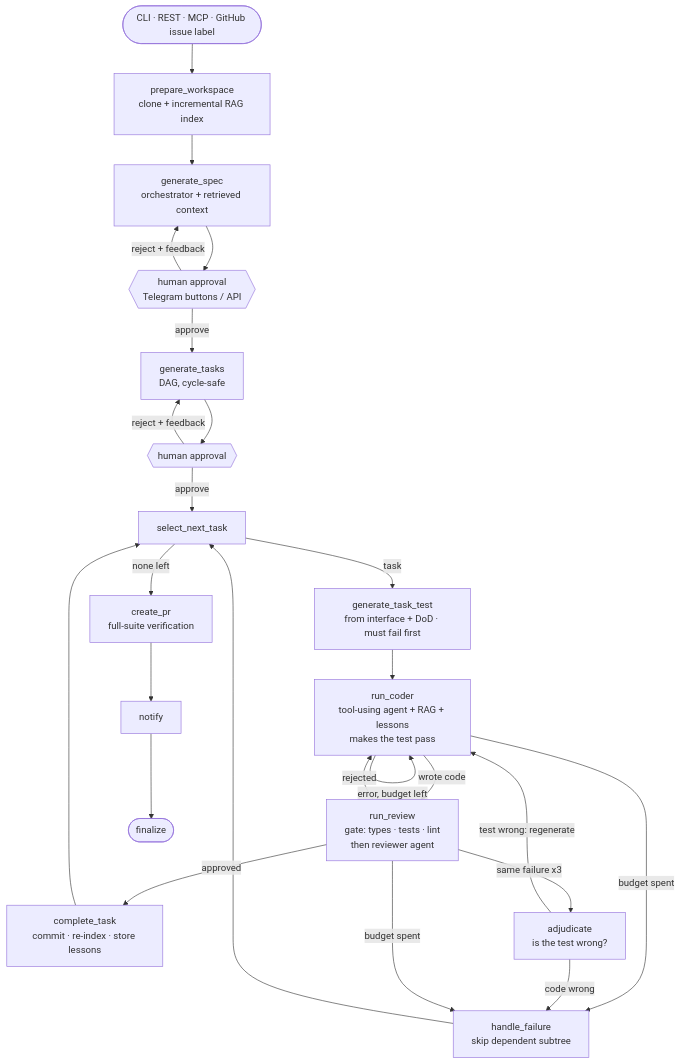
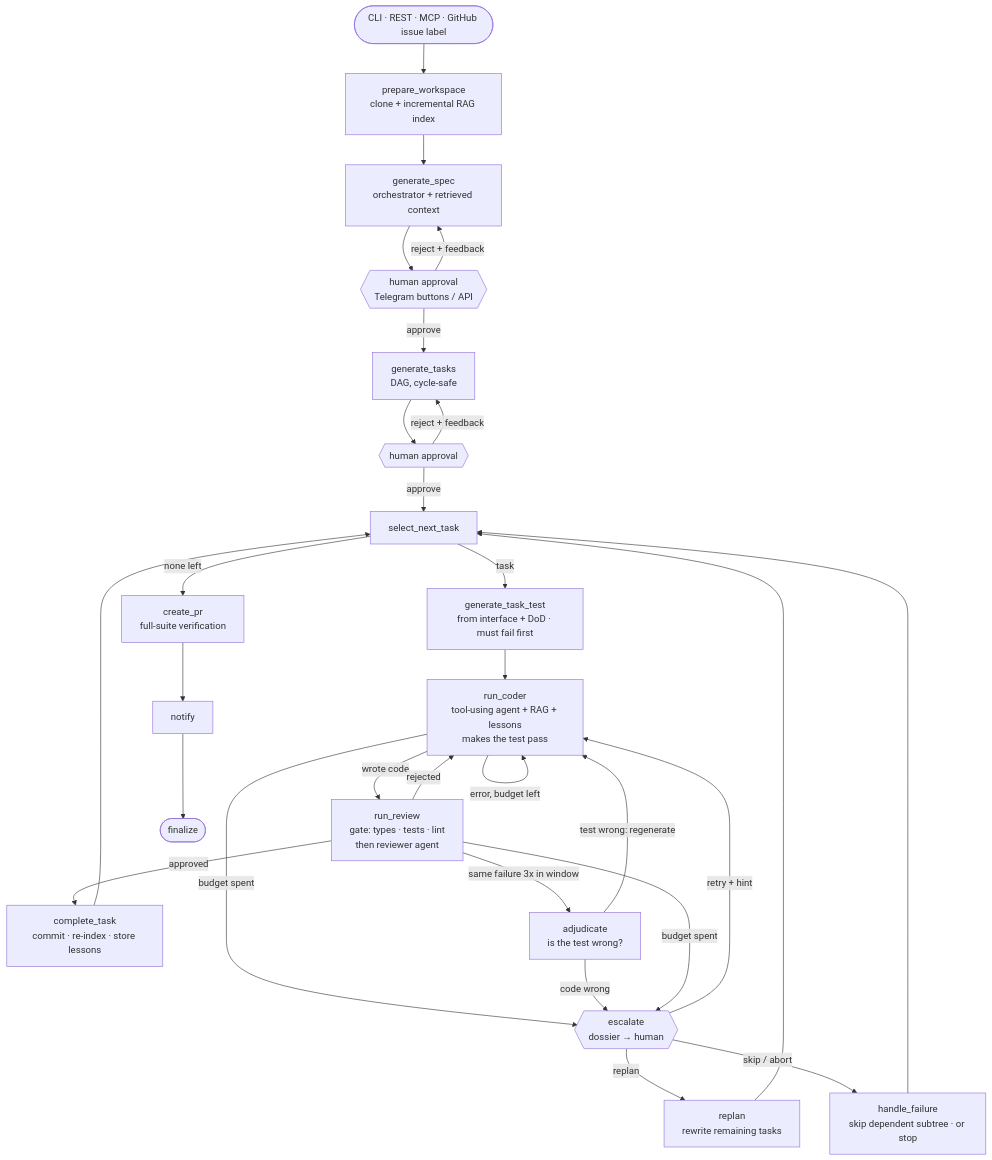
The diagram in README.md (gavrilovdm/agentflow), drawn with Mermaid before and after one commit. The commit also changed other lines of this file and 26 other files, not shown here.

First line of the commit message:
Escalate exhausted tasks to a human; remove test-after mode (#2)

````diff
--- a/README.md
+++ b/README.md
@@ -7,26 +7,29 @@
 ```mermaid
 flowchart TD
     trigger([CLI · REST · MCP · GitHub issue label]) --> prep[prepare_workspace<br/>clone + incremental RAG index]
     prep --> spec[generate_spec<br/>orchestrator + retrieved context]
     spec --> hitl1{{human approval<br/>Telegram buttons / API}}
     hitl1 -- reject + feedback --> spec
     hitl1 -- approve --> plan[generate_tasks<br/>DAG, cycle-safe]
     plan --> hitl2{{human approval}}
     hitl2 -- reject + feedback --> plan
     hitl2 -- approve --> select[select_next_task]
     select -- task --> tests[generate_task_test<br/>from interface + DoD · must fail first]
     tests --> coder[run_coder<br/>tool-using agent + RAG + lessons<br/>makes the test pass]
     coder -- wrote code --> review[run_review<br/>gate: types · tests · lint<br/>then reviewer agent]
     coder -- error, budget left --> coder
-    coder -- budget spent --> fail
+    coder -- budget spent --> esc
     review -- approved --> done[complete_task<br/>commit · re-index · store lessons]
     review -- rejected --> coder
-    review -- same failure x3 --> referee[adjudicate<br/>is the test wrong?]
+    review -- same failure 3x in window --> referee[adjudicate<br/>is the test wrong?]
     referee -- test wrong: regenerate --> coder
-    referee -- code wrong --> fail[handle_failure<br/>skip dependent subtree]
-    review -- budget spent --> fail
+    referee -- code wrong --> esc{{escalate<br/>dossier → human}}
+    review -- budget spent --> esc
+    esc -- retry + hint --> coder
+    esc -- replan --> replan[replan<br/>rewrite remaining tasks] --> select
+    esc -- skip / abort --> fail[handle_failure<br/>skip dependent subtree · or stop]
     done --> select
     fail --> select
     select -- none left --> pr[create_pr<br/>full-suite verification]
     pr --> notify[notify] --> fin([finalize])
 ```
````
